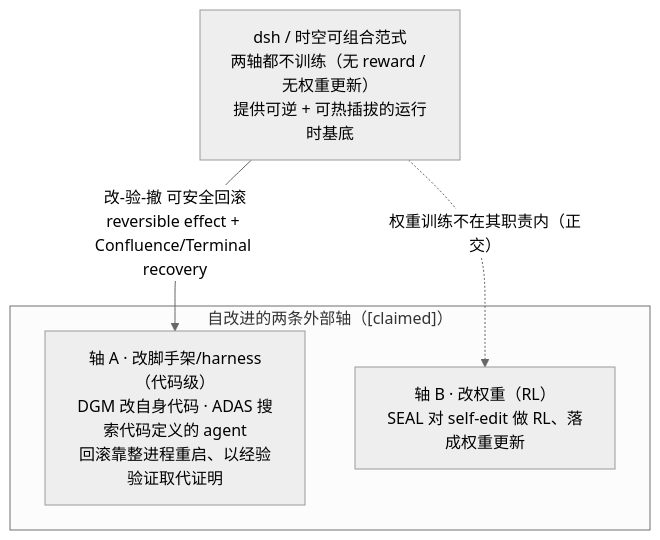
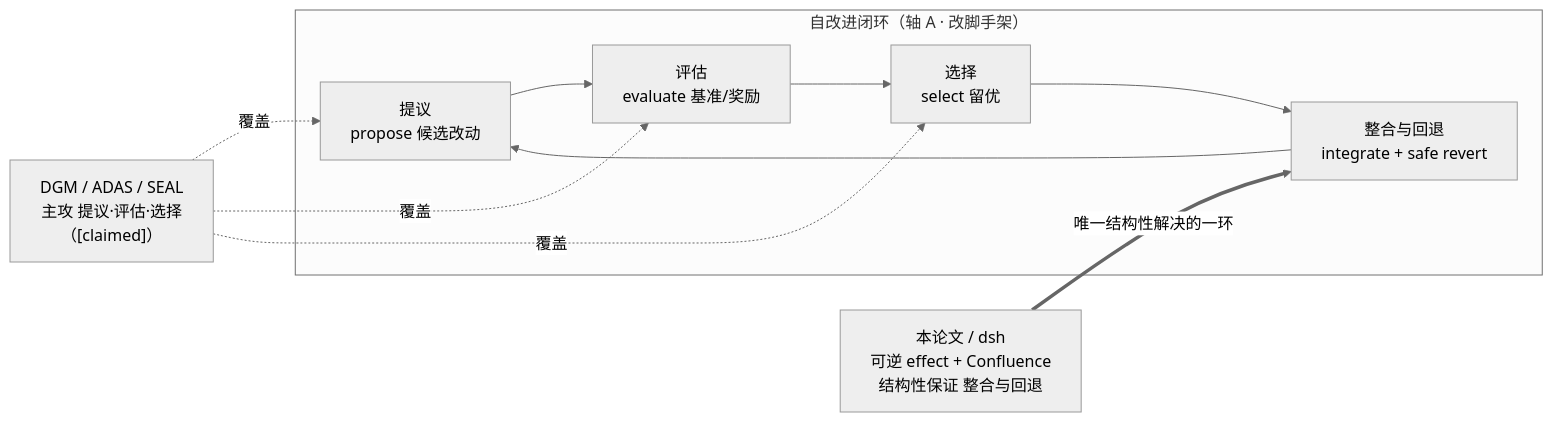
Before and after one commit to xiaonancs/deepseek-harness-deep-dive: the seventh of 7 diagrams in Part IV Foundational Paper/22-A-Programming-Paradigm-for-Spatiotemporal-Composability.md, drawn with Mermaid. The commit also changed other lines of this file, not shown here.

First line of the commit message:
docs(Ch22): soften RSI boundary tone; add dedicated deep §八 on RSI & trainable harness

````diff
--- a/Part IV Foundational Paper/22-A-Programming-Paradigm-for-Spatiotemporal-Composability.md
+++ b/Part IV Foundational Paper/22-A-Programming-Paradigm-for-Spatiotemporal-Composability.md
@@ -2285,11 +2363,14 @@
 ```mermaid
 %%{init: {'theme':'neutral'}}%%
-flowchart TB
-  subgraph EXT["自改进的两条外部轴（[claimed]）"]
-    A["轴 A · 改脚手架/harness（代码级）<br/>DGM 改自身代码 · ADAS 搜索代码定义的 agent<br/>回滚靠整进程重启、以经验验证取代证明"]
-    B["轴 B · 改权重（RL）<br/>SEAL 对 self-edit 做 RL、落成权重更新"]
+flowchart LR
+  subgraph LOOP["自改进闭环（轴 A · 改脚手架）"]
+    P["提议<br/>propose 候选改动"] --> E["评估<br/>evaluate 基准/奖励"]
+    E --> S["选择<br/>select 留优"]
+    S --> I["整合与回退<br/>integrate + safe revert"]
+    I --> P
   end
-  DSH["dsh / 时空可组合范式<br/>两轴都不训练（无 reward / 无权重更新）<br/>提供可逆 + 可热插拔的运行时基底"]
-  DSH -->|"改-验-撤 可安全回滚<br/>reversible effect + Confluence/Terminal recovery"| A
-  DSH -.->|"权重训练不在其职责内（正交）"| B
+  EXT["DGM / ADAS / SEAL<br/>主攻 提议·评估·选择<br/>（[claimed]）"] -.覆盖.-> P
+  EXT -.覆盖.-> E
+  EXT -.覆盖.-> S
+  DSH["本论文 / dsh<br/>可逆 effect + Confluence<br/>结构性保证 整合与回退"] ==>|唯一结构性解决的一环| I
 ```
````
